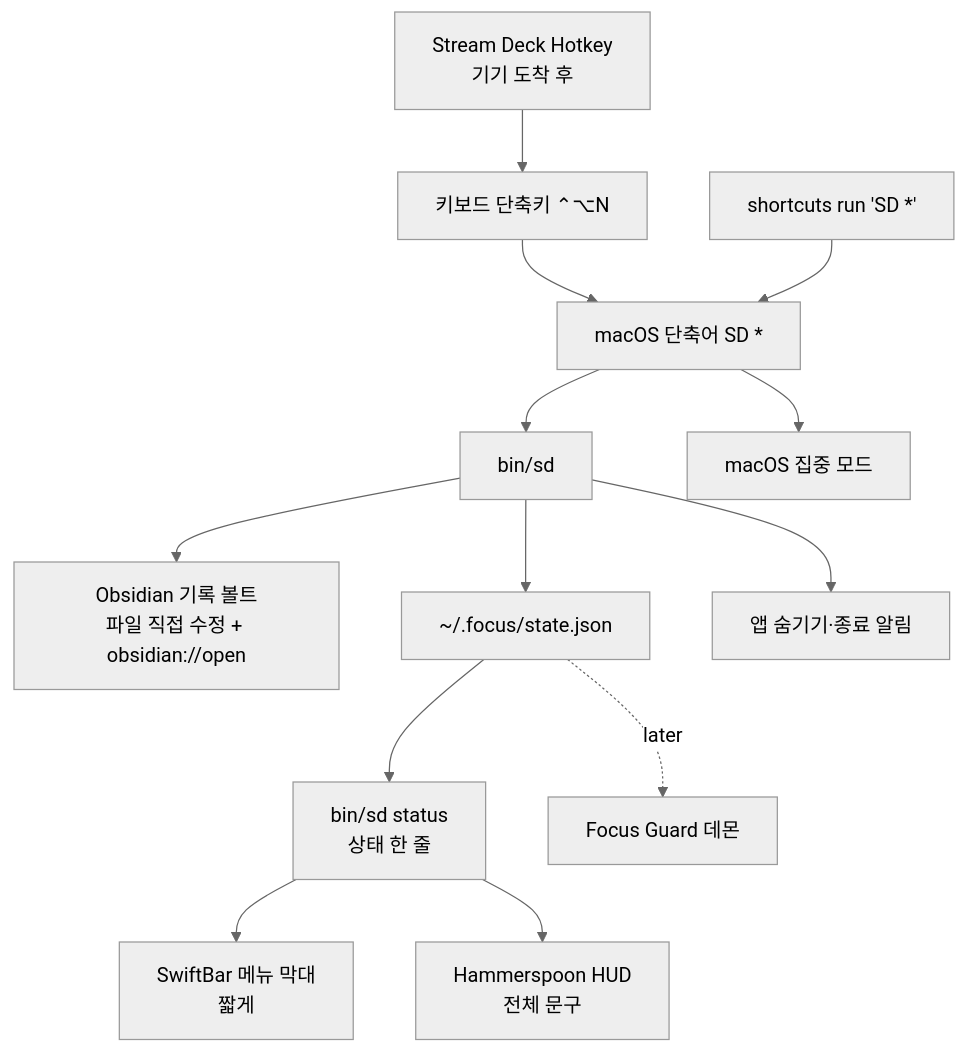
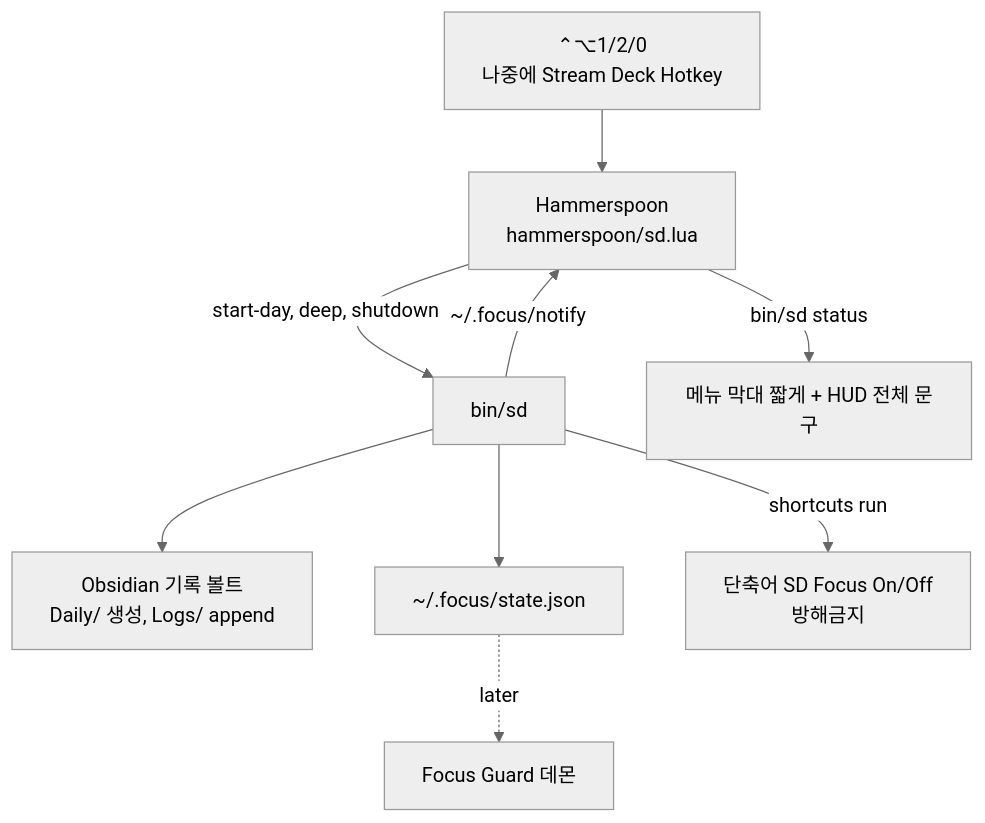
Before and after one commit to RRoundTable/streaming-deck: the diagram in docs/ARCHITECTURE.md, drawn with Mermaid (neutral theme). The commit also changed other lines of this file, not shown here.

First line of the commit message:
ADR-004: Hammerspoon 하나로 앱 계층 통합 (ADR-001 SwiftBar 대체)

````diff
--- a/docs/ARCHITECTURE.md
+++ b/docs/ARCHITECTURE.md
@@ -7,15 +7,11 @@
 ```mermaid
 flowchart TD
-    K[키보드 단축키 ⌃⌥N] --> S[macOS 단축어 SD *]
-    SD[Stream Deck Hotkey<br/>기기 도착 후] --> K
-    CLI[shortcuts run 'SD *'] --> S
-    S --> B[bin/sd]
-    B --> O[Obsidian 기록 볼트<br/>파일 직접 수정 + obsidian://open]
+    K[⌃⌥1/2/0<br/>나중에 Stream Deck Hotkey] --> HS[Hammerspoon<br/>hammerspoon/sd.lua]
+    HS -->|start-day, deep, shutdown| B[bin/sd]
+    B --> O[Obsidian 기록 볼트<br/>Daily/ 생성, Logs/ append]
     B --> F[~/.focus/state.json]
-    S --> M[macOS 집중 모드]
-    B --> N[앱 숨기기·종료 알림]
-    F --> ST[bin/sd status<br/>상태 한 줄]
-    ST --> W[SwiftBar 메뉴 막대<br/>짧게]
-    ST --> H[Hammerspoon HUD<br/>전체 문구]
+    B -->|shortcuts run| FM[단축어 SD Focus On/Off<br/>방해금지]
+    B -->|~/.focus/notify| HS
+    HS -->|bin/sd status| MB[메뉴 막대 짧게 + HUD 전체 문구]
     F -.later.-> G[Focus Guard 데몬]
 ```
````
